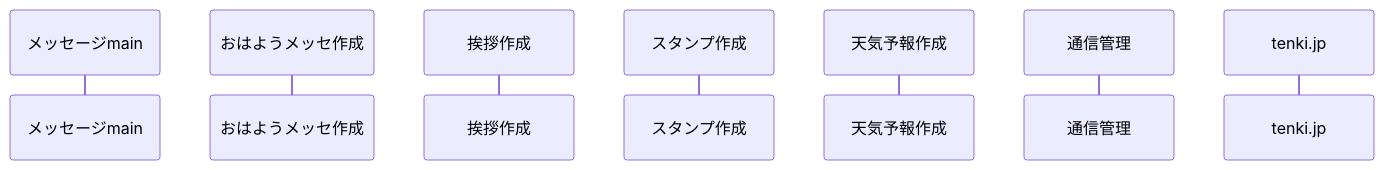
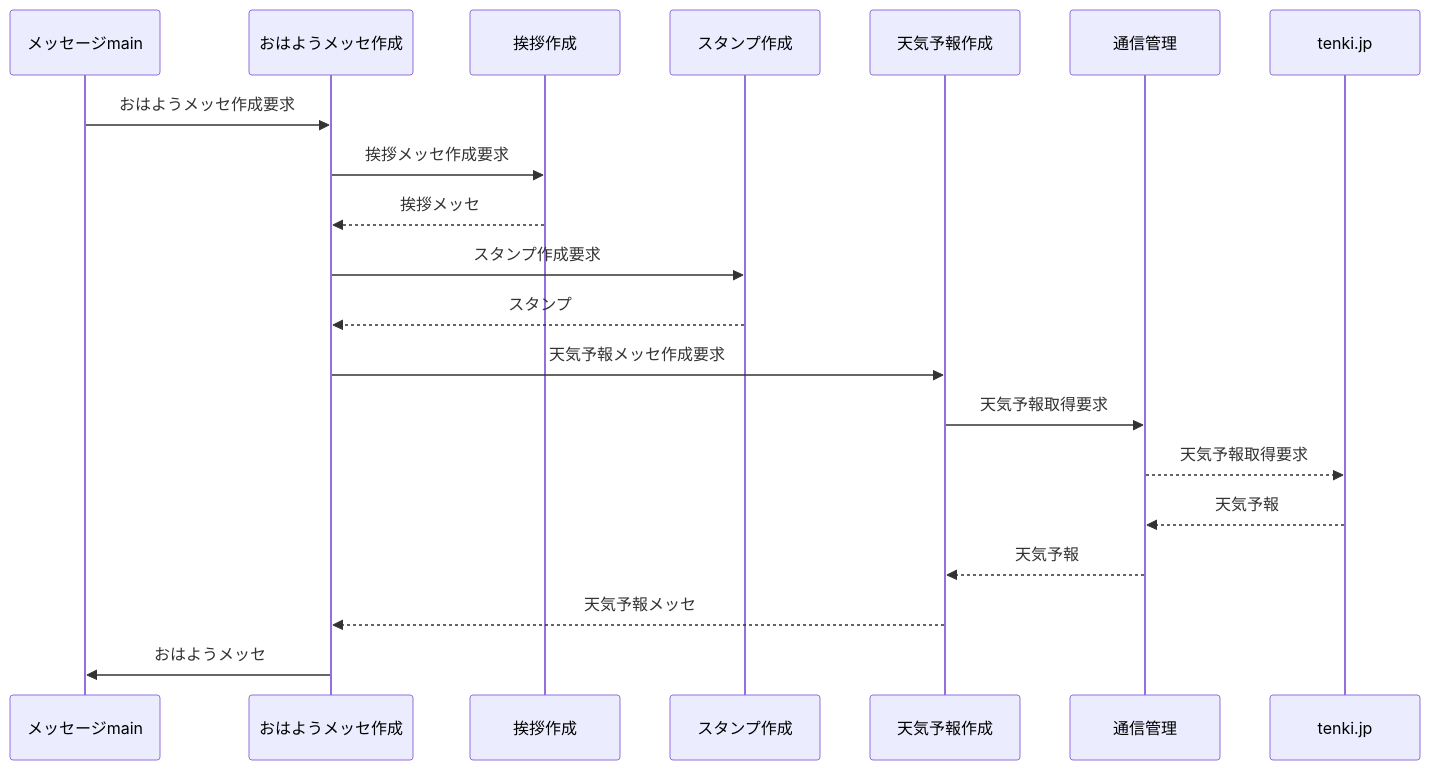
Before and after one commit to ryoono/girlfriend_bot: the second of 4 diagrams in InternalDesign/README.md, drawn with Mermaid. The commit also changed other lines of this file, not shown here.

Commit message:
シーケンス図追加

````diff
--- a/InternalDesign/README.md
+++ b/InternalDesign/README.md
@@ -72,10 +79,23 @@
 ```mermaid
 sequenceDiagram
     participant message_main as メッセージmain
     participant morning_message as おはようメッセ作成
     participant greeting_message as 挨拶作成
     participant stamp_message as スタンプ作成
     participant weather_message as 天気予報作成
     participant terminal_mng as 通信管理
     participant tenki_webAPI as tenki.jp
+
+    message_main ->> morning_message:おはようメッセ作成要求
+    morning_message ->> greeting_message: 挨拶メッセ作成要求
+    greeting_message -->> morning_message: 挨拶メッセ
+    morning_message ->> stamp_message: スタンプ作成要求
+    stamp_message -->> morning_message: スタンプ
+    morning_message ->> weather_message: 天気予報メッセ作成要求
+    weather_message ->> terminal_mng: 天気予報取得要求
+    terminal_mng -->> tenki_webAPI: 天気予報取得要求
+    tenki_webAPI -->> terminal_mng: 天気予報
+    terminal_mng -->> weather_message: 天気予報
+    weather_message -->> morning_message: 天気予報メッセ
+    morning_message ->> message_main: おはようメッセ
 ```
````
